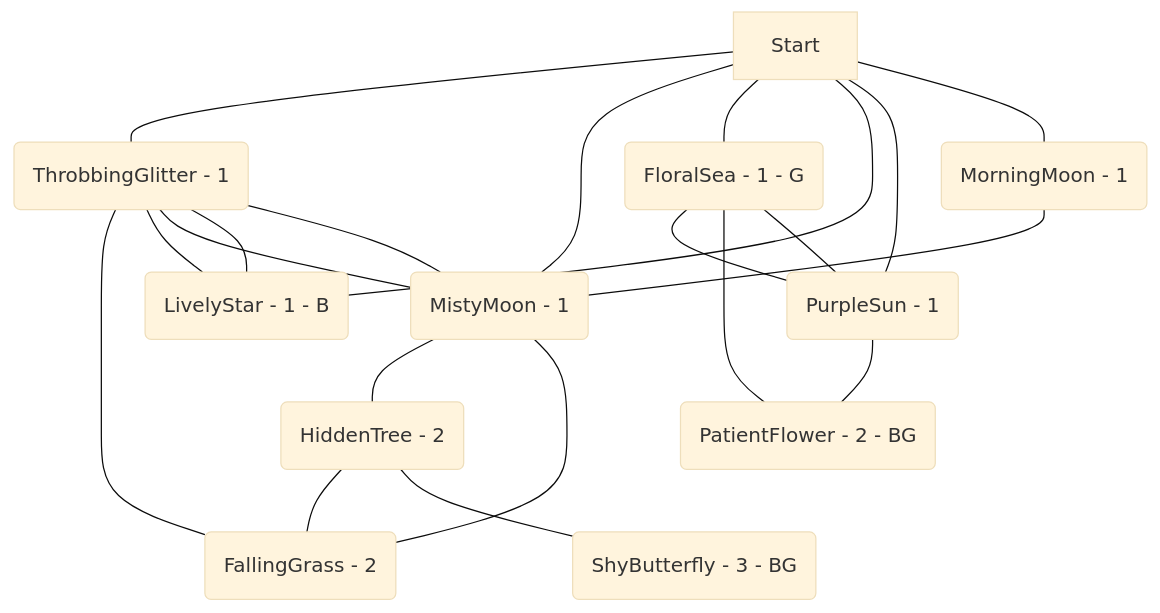
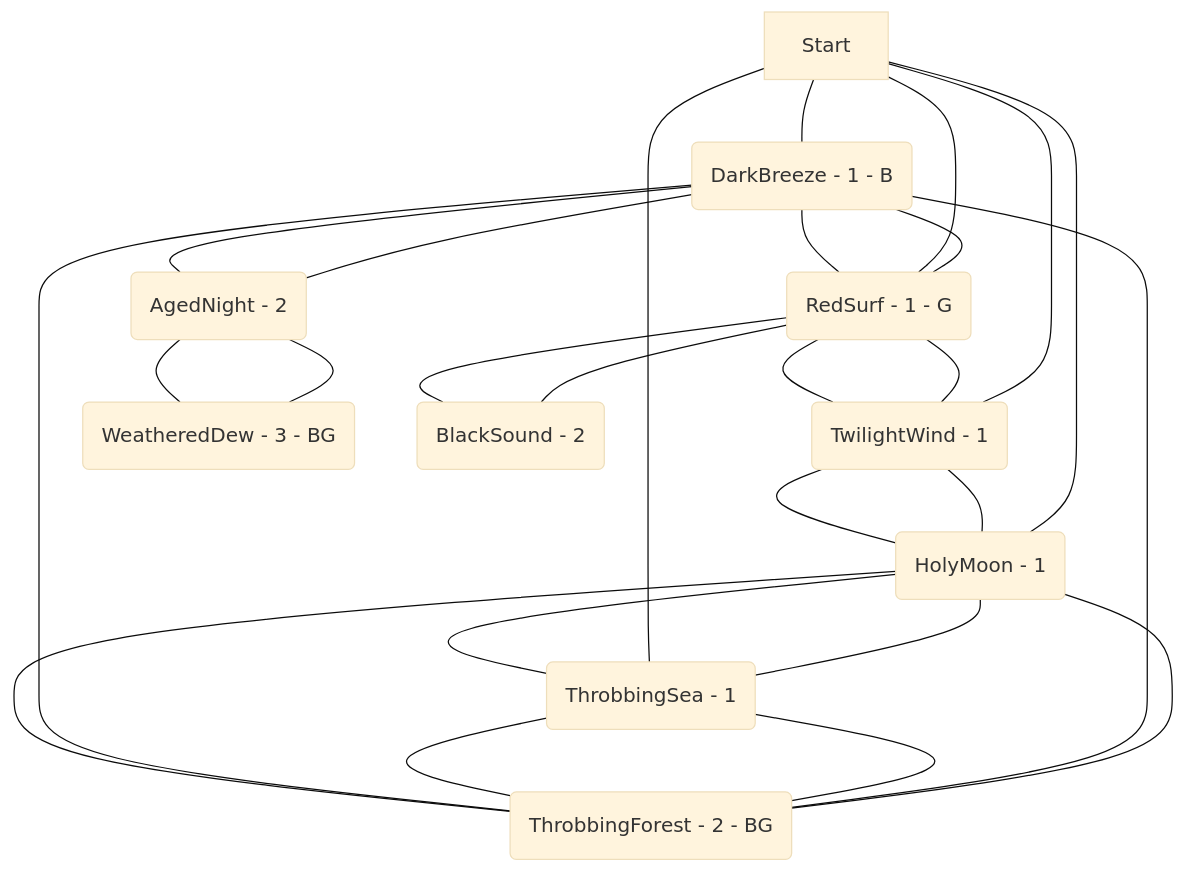
One commit to kinostl/Automatic-Liberation-Map changed the diagram in examples/002.md. Above: the diagram before and after it, drawn with Mermaid (base theme). The commit also changed other lines of this file and 10 other files, not shown here.

````diff
--- a/examples/002.md
+++ b/examples/002.md
@@ -4,23 +4,28 @@
 ```mermaid  
 flowchart TD  
-	cGgjrisJ(HiddenTree - 2) --- LTFhZbWQ(FallingGrass - 2)  
-	Start --- WAMiUonJ(ThrobbingGlitter - 1)  
-	WAMiUonJ(ThrobbingGlitter - 1) --- LTFhZbWQ(FallingGrass - 2)  
-	genolrET(FloralSea - 1 - G) --- FxdHwDCz(PurpleSun - 1)  
-	WAMiUonJ(ThrobbingGlitter - 1) --- QIfLxTOA(LivelyStar - 1 - B)  
-	QIfLxTOA(LivelyStar - 1 - B) --- WAMiUonJ(ThrobbingGlitter - 1)  
-	FxdHwDCz(PurpleSun - 1) --- RNpYKMyf(PatientFlower - 2 - BG)  
-	ReatkcPq(MorningMoon - 1) --- hiIvcqBU(MistyMoon - 1)  
-	cGgjrisJ(HiddenTree - 2) --- tSYwAWRn(ShyButterfly - 3 - BG)  
-	Start --- hiIvcqBU(MistyMoon - 1)  
-	WAMiUonJ(ThrobbingGlitter - 1) --- hiIvcqBU(MistyMoon - 1)  
-	Start --- genolrET(FloralSea - 1 - G)  
-	Start --- QIfLxTOA(LivelyStar - 1 - B)  
-	hiIvcqBU(MistyMoon - 1) --- cGgjrisJ(HiddenTree - 2)  
-	FxdHwDCz(PurpleSun - 1) --- genolrET(FloralSea - 1 - G)  
-	hiIvcqBU(MistyMoon - 1) --- LTFhZbWQ(FallingGrass - 2)  
-	hiIvcqBU(MistyMoon - 1) --- WAMiUonJ(ThrobbingGlitter - 1)  
-	Start --- FxdHwDCz(PurpleSun - 1)  
-	genolrET(FloralSea - 1 - G) --- RNpYKMyf(PatientFlower - 2 - BG)  
-	Start --- ReatkcPq(MorningMoon - 1)  
+	iFudbICp(DarkBreeze - 1 - B) --- ChOHIuAP(RedSurf - 1 - G)  
+	Start --- iFudbICp(DarkBreeze - 1 - B)  
+	OCyozHcj(ThrobbingForest - 2 - BG) --- BMbcJGeg(ThrobbingSea - 1)  
+	NpmOLwQR(HolyMoon - 1) --- nilFtgdr(TwilightWind - 1)  
+	BMbcJGeg(ThrobbingSea - 1) --- NpmOLwQR(HolyMoon - 1)  
+	RYyiTzeL(AgedNight - 2) --- iFudbICp(DarkBreeze - 1 - B)  
+	hIODdxBu(WeatheredDew - 3 - BG) --- RYyiTzeL(AgedNight - 2)  
+	Start --- nilFtgdr(TwilightWind - 1)  
+	ChOHIuAP(RedSurf - 1 - G) --- iFudbICp(DarkBreeze - 1 - B)  
+	iFudbICp(DarkBreeze - 1 - B) --- RYyiTzeL(AgedNight - 2)  
+	WPluigSh(BlackSound - 2) --- ChOHIuAP(RedSurf - 1 - G)  
+	Start --- NpmOLwQR(HolyMoon - 1)  
+	RYyiTzeL(AgedNight - 2) --- hIODdxBu(WeatheredDew - 3 - BG)  
+	OCyozHcj(ThrobbingForest - 2 - BG) --- iFudbICp(DarkBreeze - 1 - B)  
+	ChOHIuAP(RedSurf - 1 - G) --- WPluigSh(BlackSound - 2)  
+	Start --- ChOHIuAP(RedSurf - 1 - G)  
+	ChOHIuAP(RedSurf - 1 - G) --- nilFtgdr(TwilightWind - 1)  
+	OCyozHcj(ThrobbingForest - 2 - BG) --- NpmOLwQR(HolyMoon - 1)  
+	NpmOLwQR(HolyMoon - 1) --- BMbcJGeg(ThrobbingSea - 1)  
+	NpmOLwQR(HolyMoon - 1) --- OCyozHcj(ThrobbingForest - 2 - BG)  
+	Start --- BMbcJGeg(ThrobbingSea - 1)  
+	nilFtgdr(TwilightWind - 1) --- ChOHIuAP(RedSurf - 1 - G)  
+	nilFtgdr(TwilightWind - 1) --- NpmOLwQR(HolyMoon - 1)  
+	iFudbICp(DarkBreeze - 1 - B) --- OCyozHcj(ThrobbingForest - 2 - BG)  
+	BMbcJGeg(ThrobbingSea - 1) --- OCyozHcj(ThrobbingForest - 2 - BG)  
 ```  
````
